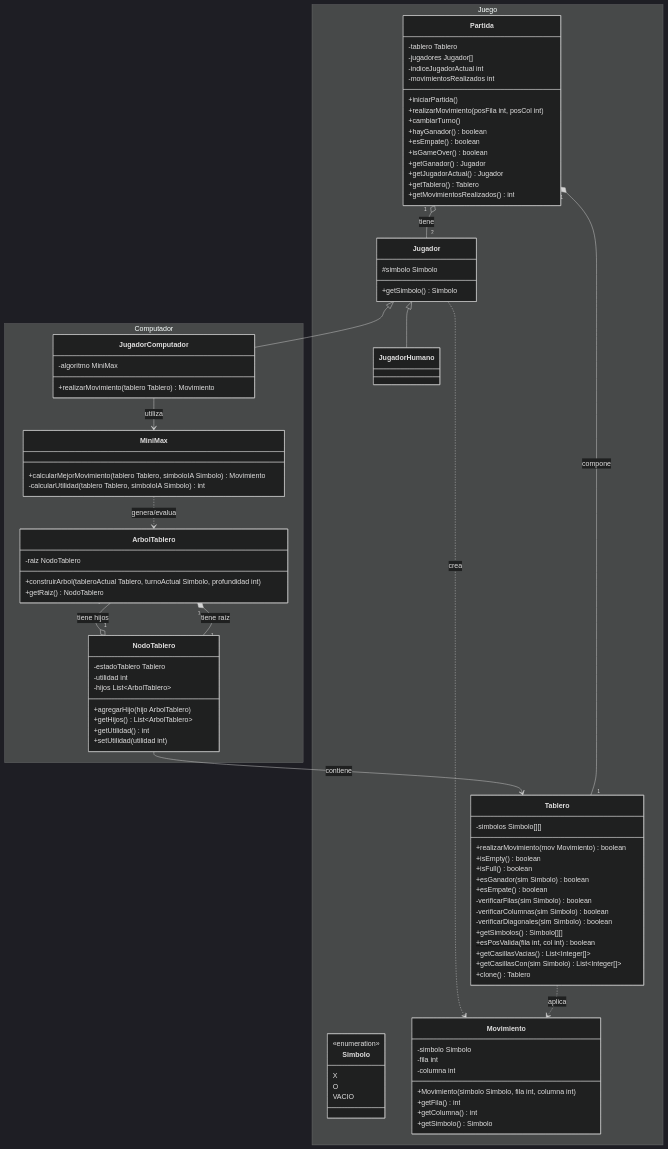
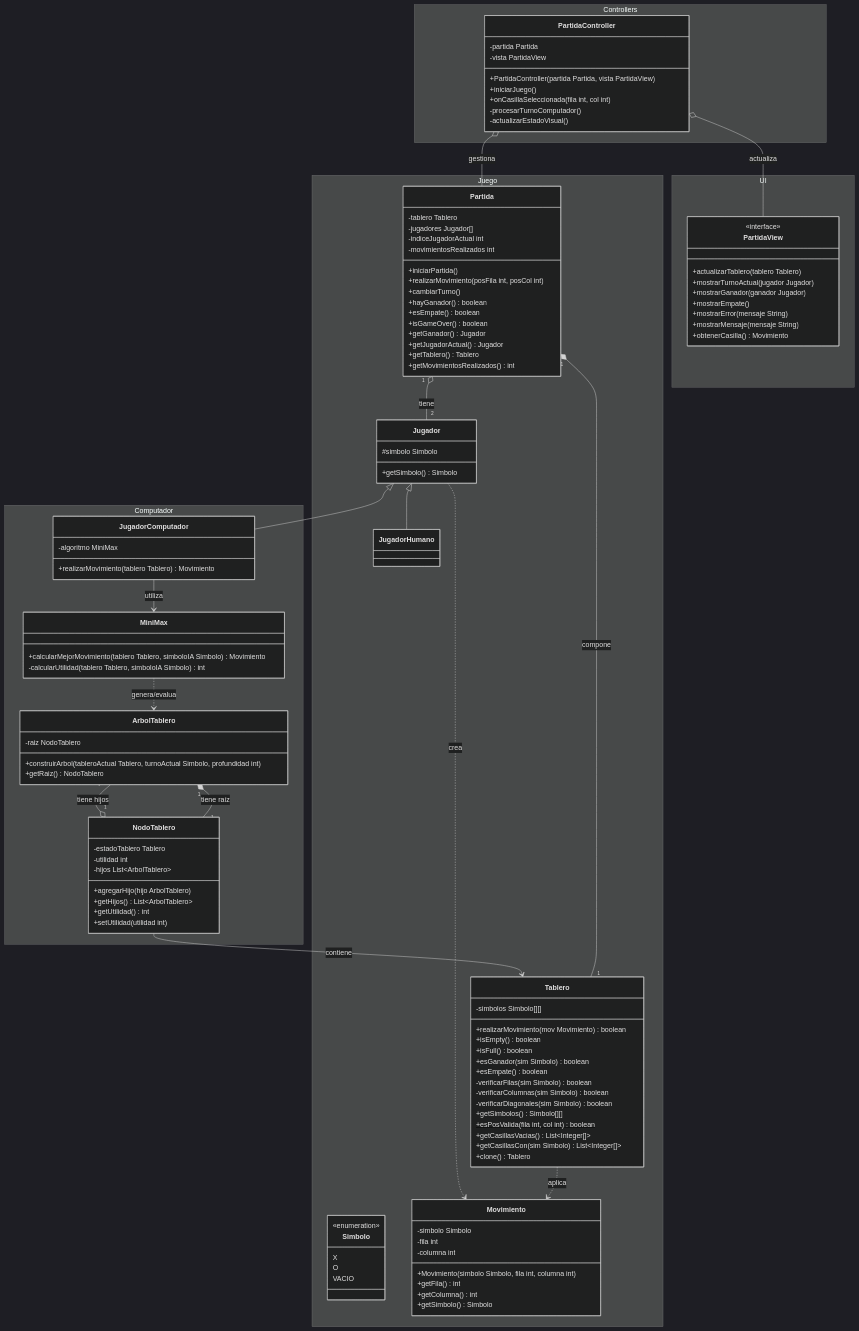
The diagram in README.md (DavMatPer/TicTacToe_ED), drawn with Mermaid (dark theme) before and after one commit. The commit also changed 2 other files, not shown here.

Commit message:
Se agrego la clases vontrolador de partida y una interfaz PartidaView para poder trabajar con la vista sin necesidad de escoger un programa para visualizar el juego.

````diff
--- a/README.md
+++ b/README.md
@@ -137,6 +137,31 @@
     }
 }
 
+namespace Controllers {
+    class PartidaController {
+        -partida Partida
+        -vista PartidaView
+        +PartidaController(partida Partida, vista PartidaView)
+        +iniciarJuego()
+        +onCasillaSeleccionada(fila int, col int)
+        -procesarTurnoComputador()
+        -actualizarEstadoVisual()
+    }
+}
+
+namespace UI {
+    class PartidaView {
+        <<interface>>
+        +actualizarTablero(tablero Tablero)
+        +mostrarTurnoActual(jugador Jugador)
+        +mostrarGanador(ganador Jugador)
+        +mostrarEmpate()
+        +mostrarError(mensaje String)
+        +mostrarMensaje(mensaje String)
+        +obtenerCasilla() Movimiento
+    }
+}
+
 Partida "1" *-- "1" Tablero : compone
 Partida "1" o-- "2" Jugador : tiene
 Jugador <|-- JugadorComputador
@@ -151,4 +176,7 @@
 ArbolTablero "1" *-- "1" NodoTablero : tiene raíz
 NodoTablero --> Tablero : contiene
 NodoTablero "1" o-- "*" ArbolTablero : tiene hijos
+
+PartidaController o-- Partida : gestiona
+PartidaController o-- PartidaView : actualiza
 ```
````
